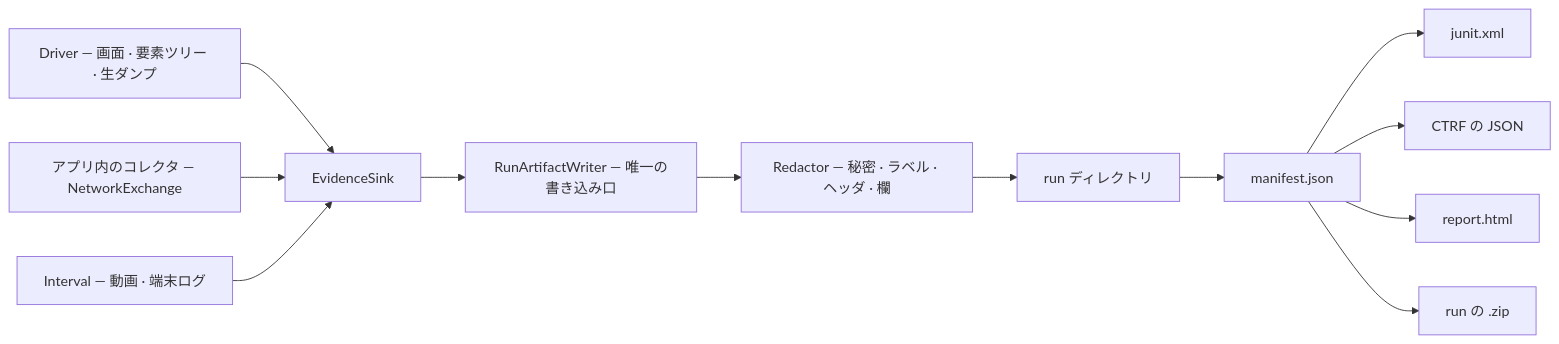
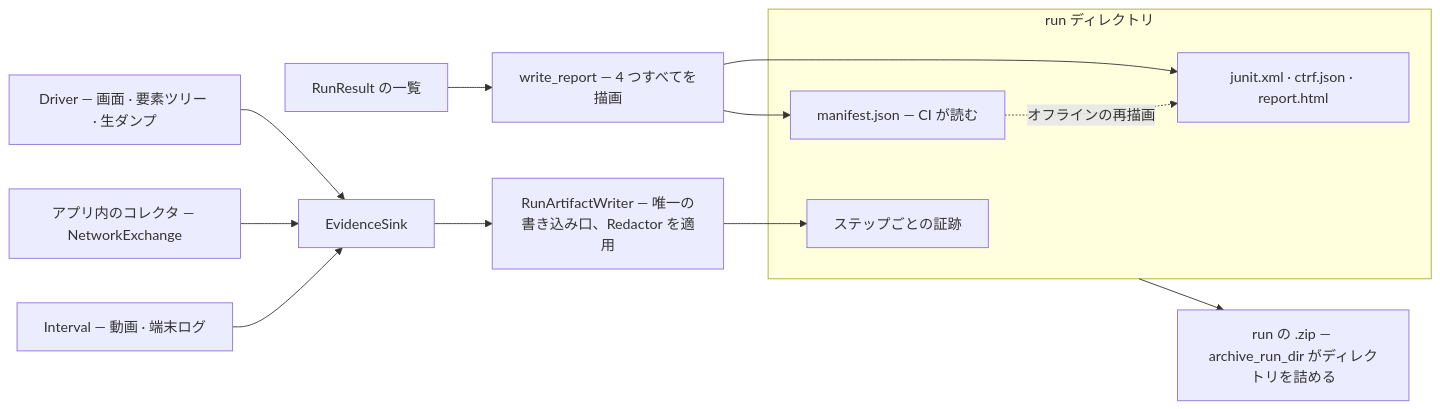
One commit to bajutsu-e2e/bajutsu changed the ninth of 12 diagrams in docs/ja/developer-guide.md. Above: the diagram before and after it, drawn with Mermaid. The commit also changed other lines of this file and 7 other files, not shown here.

````diff
--- a/docs/ja/developer-guide.md
+++ b/docs/ja/developer-guide.md
@@ -961,14 +965,18 @@
 ```mermaid
 flowchart LR
     drv["Driver — 画面 · 要素ツリー · 生ダンプ"] --> sink["EvidenceSink"]
     net["アプリ内のコレクタ — NetworkExchange"] --> sink
     iv["Interval — 動画 · 端末ログ"] --> sink
-    sink --> w["RunArtifactWriter — 唯一の書き込み口"]
-    w --> red["Redactor — 秘密 · ラベル · ヘッダ · 欄"]
-    red --> dir["run ディレクトリ"]
-    dir --> man["manifest.json"]
-    man --> o1["junit.xml"]
-    man --> o2["CTRF の JSON"]
-    man --> o3["report.html"]
-    man --> o4["run の .zip"]
+    sink --> w["RunArtifactWriter — 唯一の書き込み口、Redactor を適用"]
+    rr["RunResult の一覧"] --> wr["write_report — 4 つすべてを描画"]
+    subgraph dir["run ディレクトリ"]
+        art["ステップごとの証跡"]
+        man["manifest.json — CI が読む"]
+        o1["junit.xml · ctrf.json · report.html"]
+    end
+    w --> art
+    wr --> man
+    wr --> o1
+    dir --> z["run の .zip — archive_run_dir がディレクトリを詰める"]
+    man -.->|"オフラインの再描画"| o1
 ```
````
